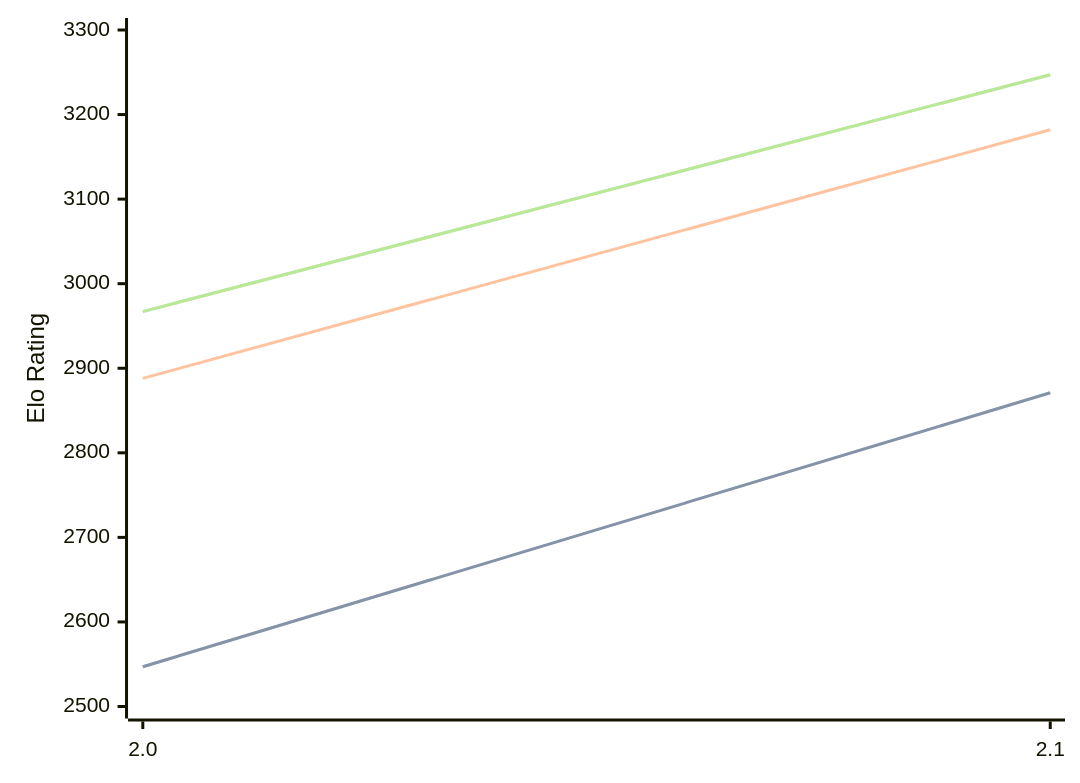
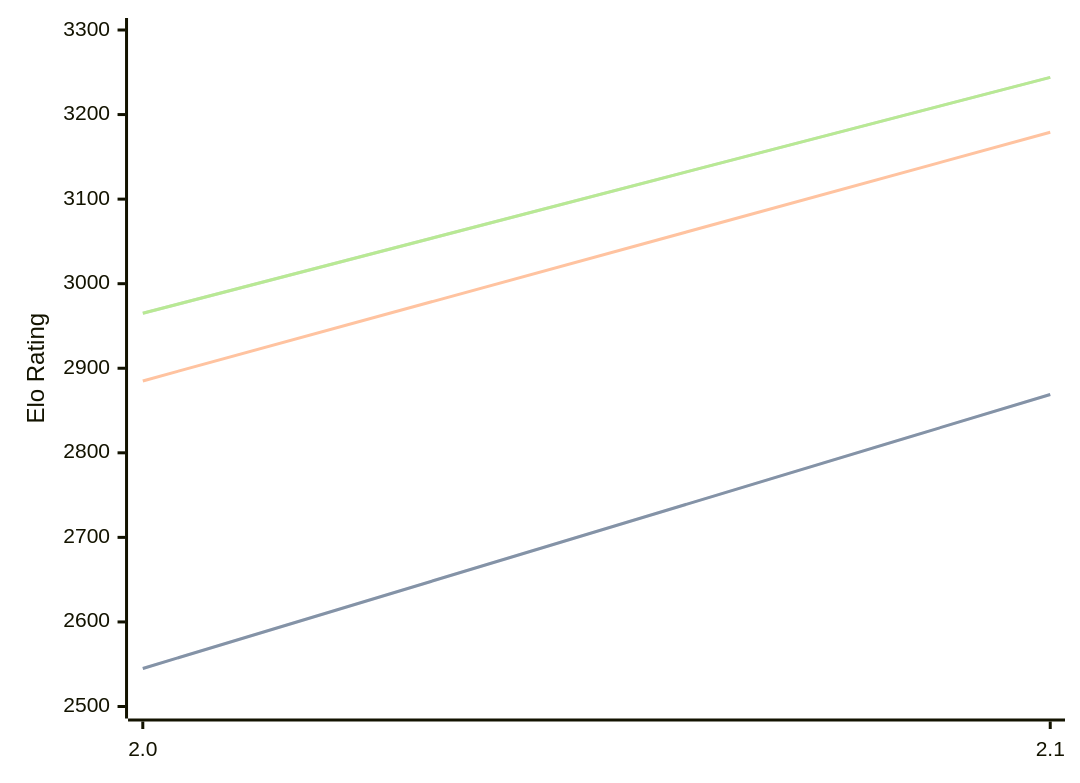
The diagram in engines/Tunguska.md (computer-chess-index/cci), drawn with Mermaid before and after one commit. The commit also changed other lines of this file, not shown here.

Commit message:
Update CCI Ratings (ELO VLTC) - 2026-04-23

````diff
--- a/engines/Tunguska.md
+++ b/engines/Tunguska.md
@@ -32,11 +32,11 @@
 ```mermaid
 %%{init: {"theme":"base","themeVariables":{"seriesColors:['#a3a3a3','#222221','#faa371']}}}%%
 xychart-beta
   x-axis ["2.0", "2.1"]
   y-axis "Elo Rating" 2500 --> 3300
-  line "STC (8.0+0.08s)" [2547, 2871]
-  line "STC (8.0+0.08s)" [2547, 2871]
-  line "LTC (60.0+0.60s)" [2888, 3182]
-  line "VLTC (2m24s+1.12s)" [2967, 3247]
-  line "VLTC (2m24s+1.12s)" [2967, 3247]
+  line "STC (8.0+0.08s)" [2545, 2869]
+  line "STC (8.0+0.08s)" [2545, 2869]
+  line "LTC (60.0+0.60s)" [2885, 3179]
+  line "VLTC (2m24s+1.12s)" [2965, 3244]
+  line "VLTC (2m24s+1.12s)" [2965, 3244]
 ```
````
